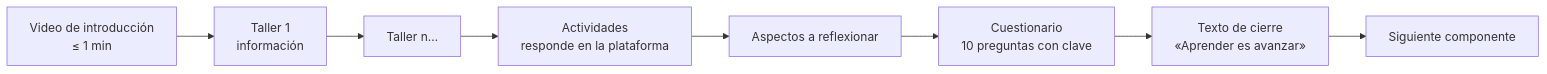
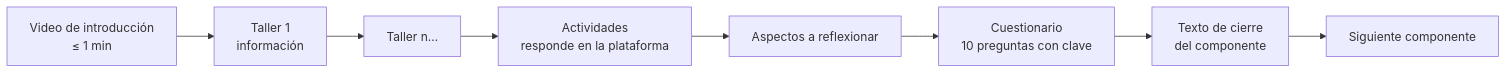
Before and after one commit to Jhony0709/colombia-estudia: the first of 2 diagrams in docs/negocio/resumen.md, drawn with Mermaid. The commit also changed other lines of this file and 123 other files, not shown here.

````diff
--- a/docs/negocio/resumen.md
+++ b/docs/negocio/resumen.md
@@ -16,10 +23,10 @@
 ```mermaid
 flowchart LR
   I[Video de introducción<br/>≤ 1 min] --> T1[Taller 1<br/>información]
   T1 --> T2[Taller n…]
   T2 --> A[Actividades<br/>responde en la plataforma]
   A --> R[Aspectos a reflexionar]
   R --> Q[Cuestionario<br/>10 preguntas con clave]
-  Q --> C[Texto de cierre<br/>«Aprender es avanzar»]
+  Q --> C[Texto de cierre<br/>del componente]
   C --> N[Siguiente componente]
 ```
````
